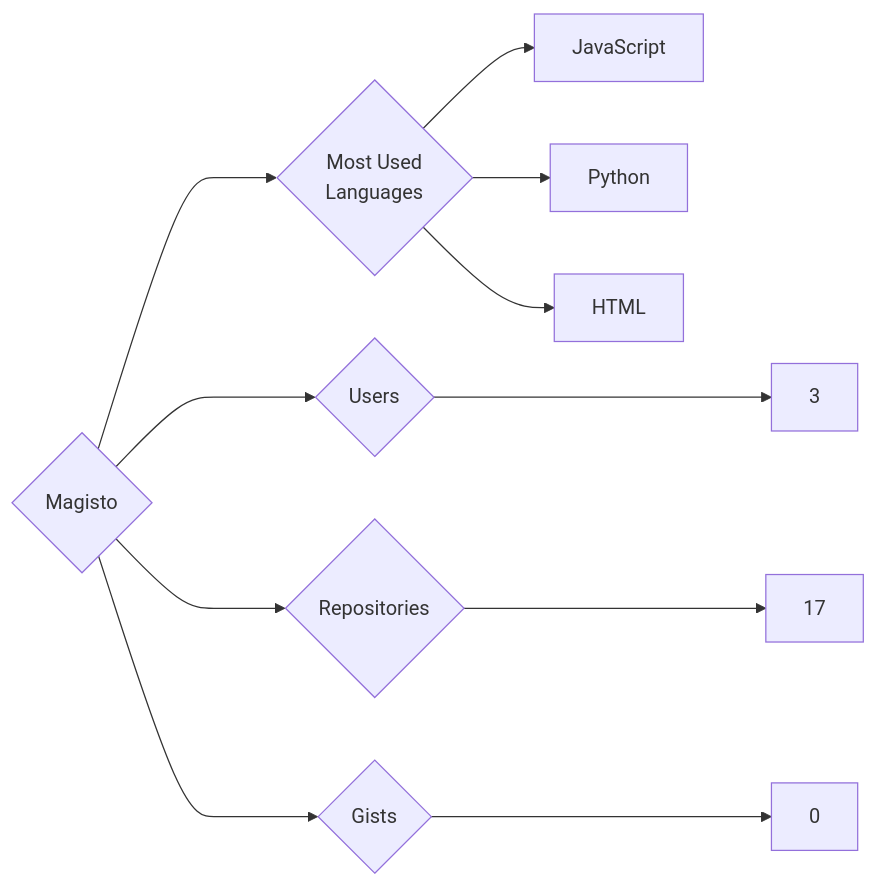
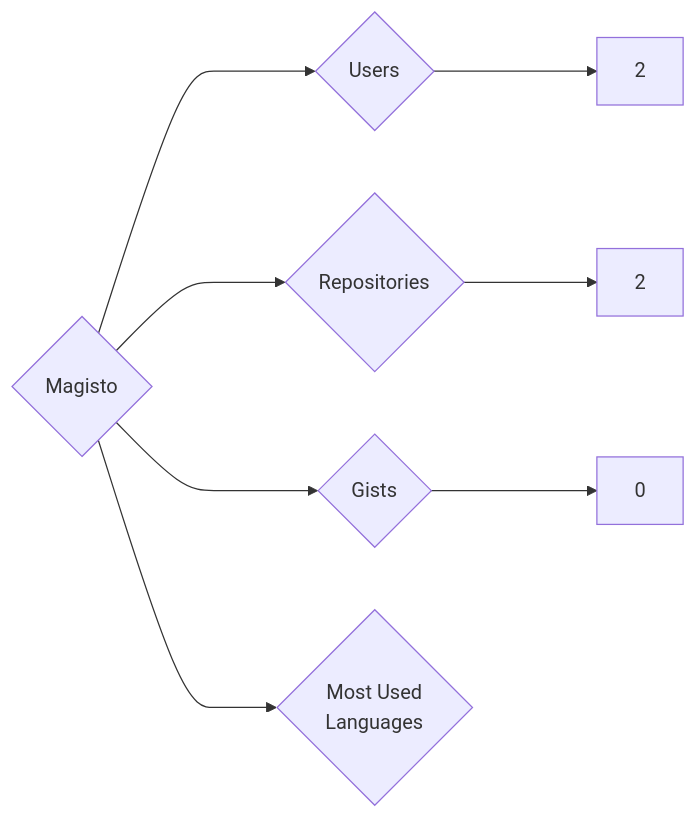
The diagram in targets/Magisto/README.md (trickest/insiders), drawn with Mermaid before and after one commit. The commit also changed 736 other files, not shown here.

````diff
--- a/targets/Magisto/README.md
+++ b/targets/Magisto/README.md
@@ -3,11 +3,8 @@
 ```mermaid
 graph LR
 COMPANY_NAME{Magisto}
-COMPANY_NAME ---> U{Users} ---> UN[3]
-COMPANY_NAME ---> R{Repositories} ---> RN[17]
+COMPANY_NAME ---> U{Users} ---> UN[2]
+COMPANY_NAME ---> R{Repositories} ---> RN[2]
 COMPANY_NAME ---> G{Gists} ---> GN[0]
 COMPANY_NAME ---> ML{Most Used<br>Languages}
-ML --> JavaScript[JavaScript]
-ML --> Python[Python]
-ML --> HTML[HTML]
 ```
````
